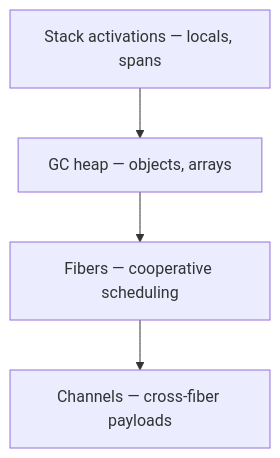
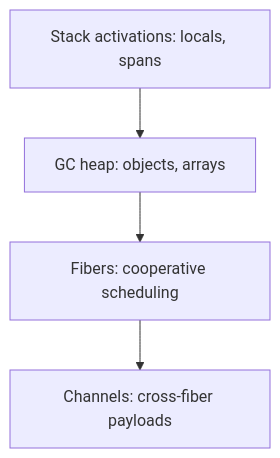
Before and after one commit to Cyber-Nomad-Collective/beskid: the diagram in site/website/src/content/docs/book/10-memory-without-billion-dollar-mistake/memory-model-overview.md, drawn with Mermaid. The commit also changed other lines of this file and 146 other files, not shown here.

````diff
--- a/site/website/src/content/docs/book/10-memory-without-billion-dollar-mistake/memory-model-overview.md
+++ b/site/website/src/content/docs/book/10-memory-without-billion-dollar-mistake/memory-model-overview.md
@@ -29,12 +29,12 @@
 ```mermaid
 flowchart TB
   accTitle: Memory model areas
   accDescr: Stack activations and the GC heap hold values, fibers are scheduled cooperatively, and channels carry cross-fiber payloads.
-  stack[Stack activations — locals, spans]
-  heap[GC heap — objects, arrays]
-  fibers[Fibers — cooperative scheduling]
-  channels[Channels — cross-fiber payloads]
+  stack[Stack activations: locals, spans]
+  heap[GC heap: objects, arrays]
+  fibers[Fibers: cooperative scheduling]
+  channels[Channels: cross-fiber payloads]
   stack --> heap
   fibers --> channels
   heap --> fibers
 ```
````
